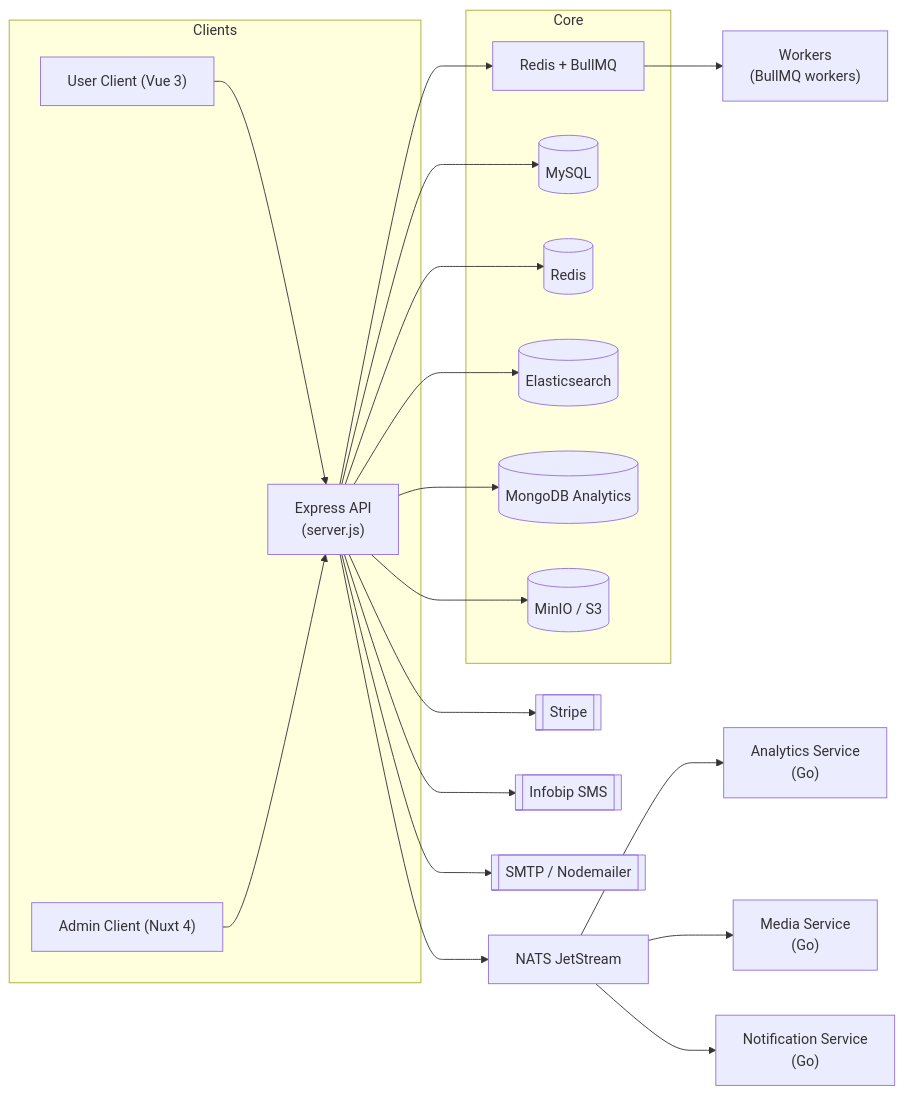
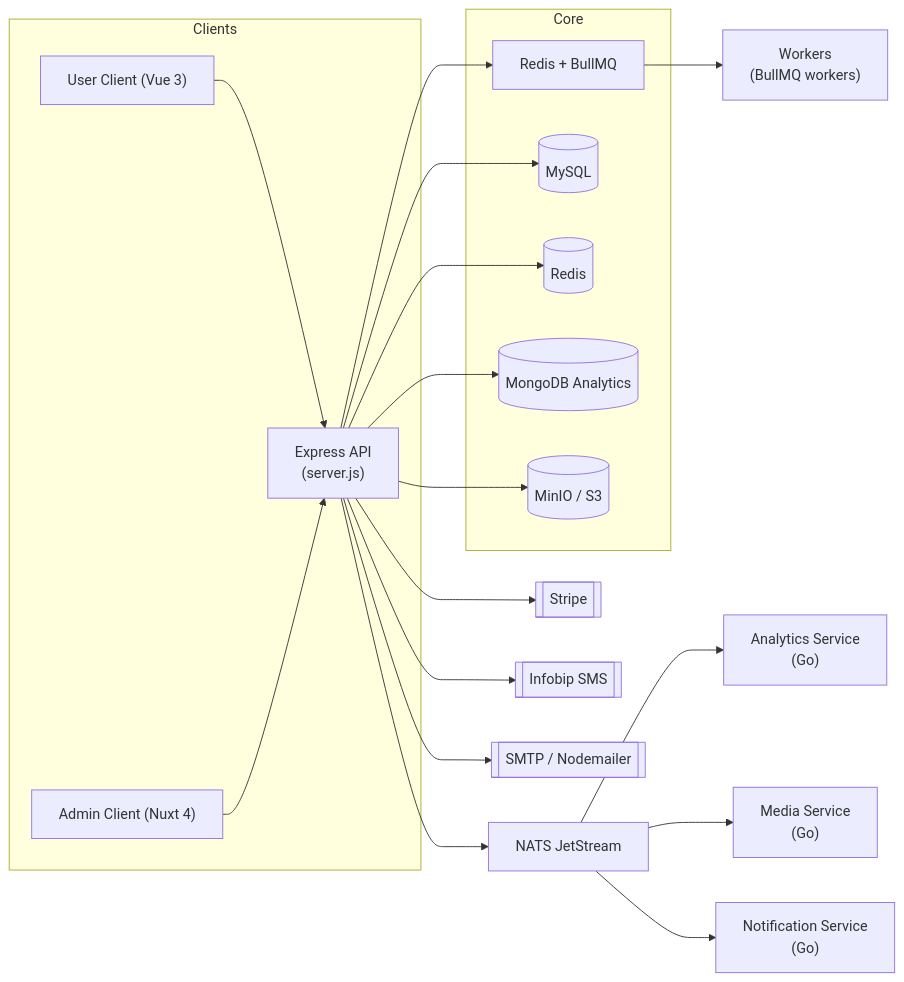
One commit to bk-leducphuong/TravelNest-Hotel_Booking_System changed the diagram in server/README.md. Above: the diagram before and after it, drawn with Mermaid. The commit also changed other lines of this file and 131 other files, not shown here.

````diff
--- a/server/README.md
+++ b/server/README.md
@@ -33,27 +33,26 @@
 ```mermaid
 flowchart LR
   subgraph Clients
     UC["User Client (Vue 3)"] --> API
     AC["Admin Client (Nuxt 4)"] --> API
   end
 
   subgraph Core
     API["Express API\n(server.js)"] --> MQ["Redis + BullMQ"]
     API --> DB[(MySQL)]
     API --> RDS[(Redis)]
-    API --> ES[(Elasticsearch)]
     API --> MDB[(MongoDB Analytics)]
     API --> MINIO[(MinIO / S3)]
   end
 
   MQ --> W["Workers\n(BullMQ workers)"]
 
   API --> NS["NATS JetStream"]
   NS --> AS["Analytics Service\n(Go)"]
   NS --> MS["Media Service\n(Go)"]
   NS --> NSVC["Notification Service\n(Go)"]
 
   API --> STRIPE[[Stripe]]
   API --> SMS[[Infobip SMS]]
   API --> MAIL[[SMTP / Nodemailer]]
 ```
````
